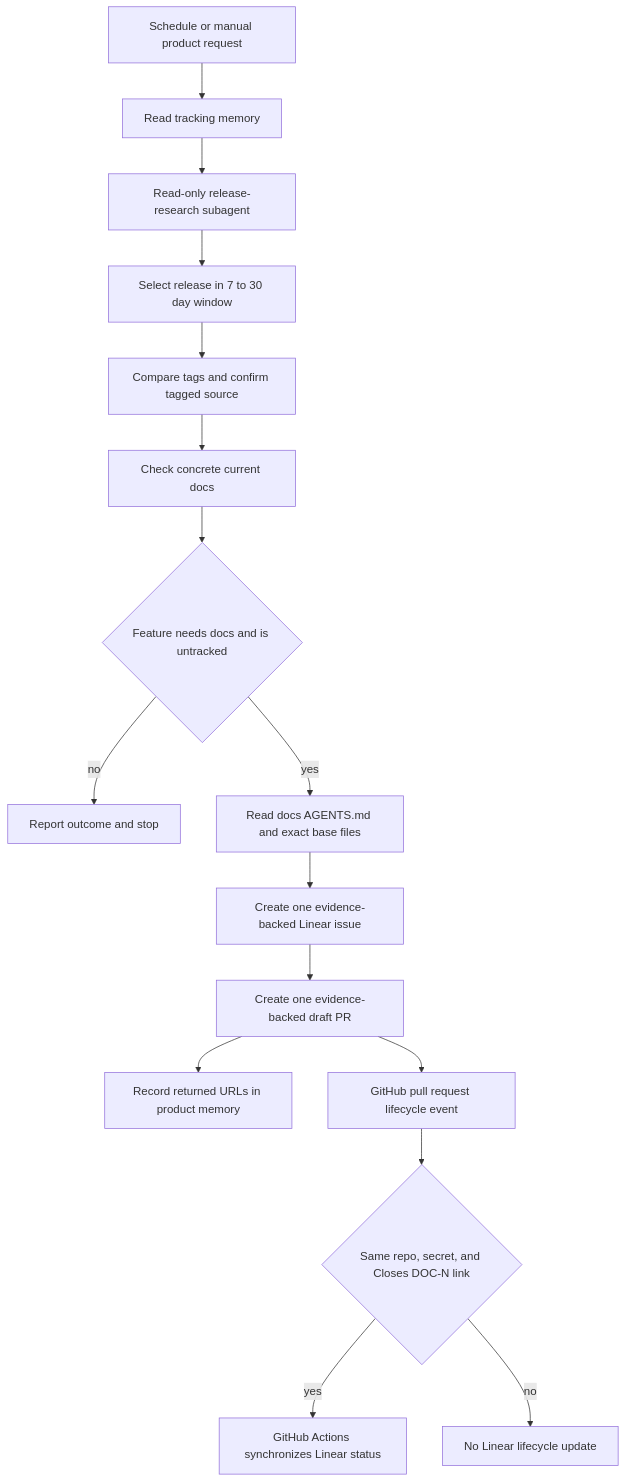
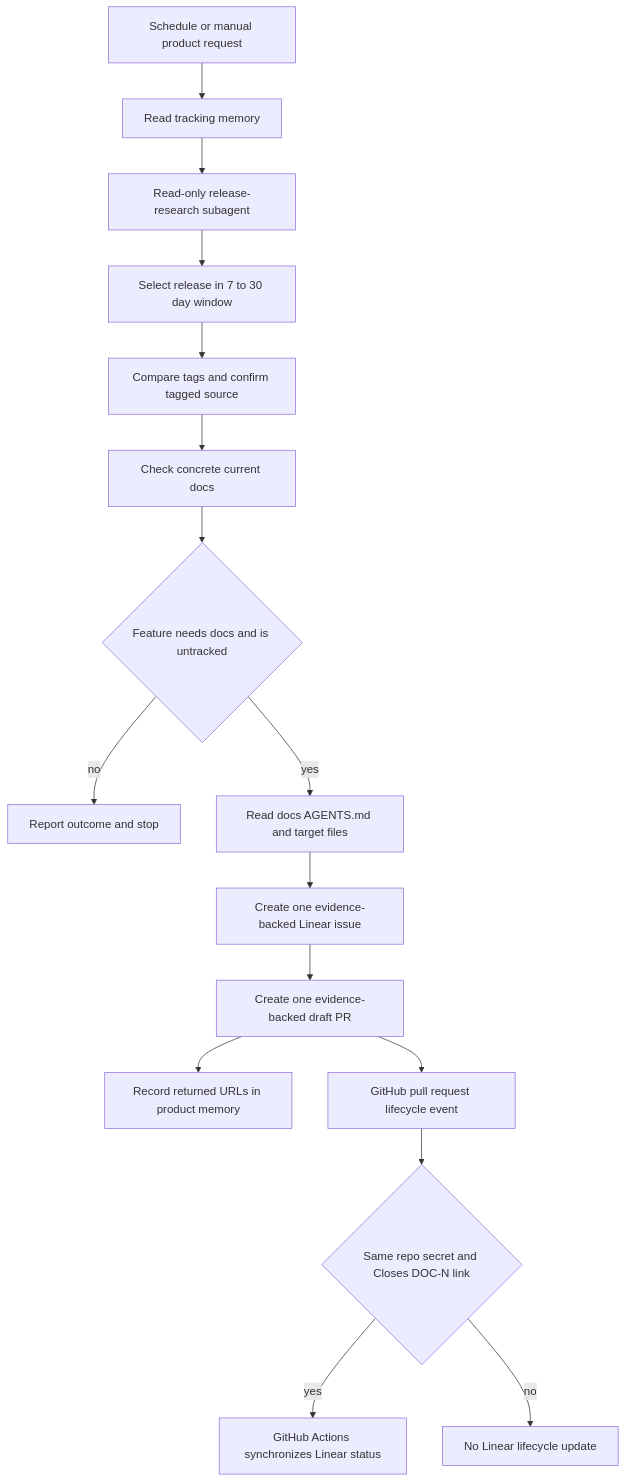
The diagram in openwiki/workflows/release-watch.md (langchain-ai/docs), drawn with Mermaid before and after one commit. The commit also changed other lines of this file and 39 other files, not shown here.

````diff
--- a/openwiki/workflows/release-watch.md
+++ b/openwiki/workflows/release-watch.md
@@ -90,18 +90,18 @@
 ```mermaid
 flowchart TD
   Start["Schedule or manual product request"] --> Memory["Read tracking memory"]
   Memory --> Research["Read-only release-research subagent"]
   Research --> Select["Select release in 7 to 30 day window"]
   Select --> Diff["Compare tags and confirm tagged source"]
   Diff --> Coverage["Check concrete current docs"]
   Coverage --> Gate{"Feature needs docs and is untracked"}
-  Gate -->|"no"| Idle["Report outcome and stop"]
-  Gate -->|"yes"| Base["Read docs AGENTS.md and exact base files"]
+  Gate -->|"no"| Stop["Report outcome and stop"]
+  Gate -->|"yes"| Base["Read docs AGENTS.md and target files"]
   Base --> Issue["Create one evidence-backed Linear issue"]
   Issue --> Draft["Create one evidence-backed draft PR"]
   Draft --> Record["Record returned URLs in product memory"]
   Draft --> Event["GitHub pull request lifecycle event"]
-  Event --> SyncGate{"Same repo, secret, and Closes DOC-N link"}
+  Event --> SyncGate{"Same repo secret and Closes DOC-N link"}
   SyncGate -->|"yes"| Linear["GitHub Actions synchronizes Linear status"]
   SyncGate -->|"no"| Skip["No Linear lifecycle update"]
 ```
````
